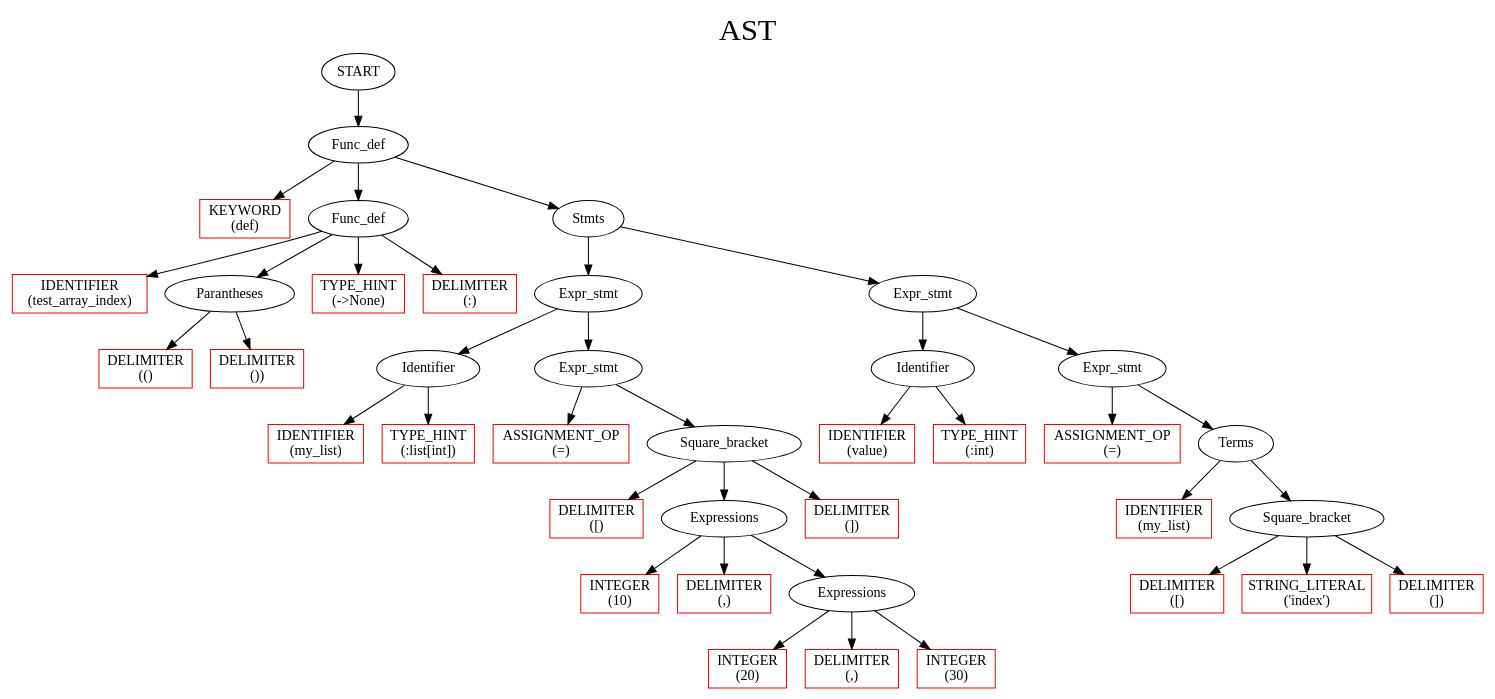
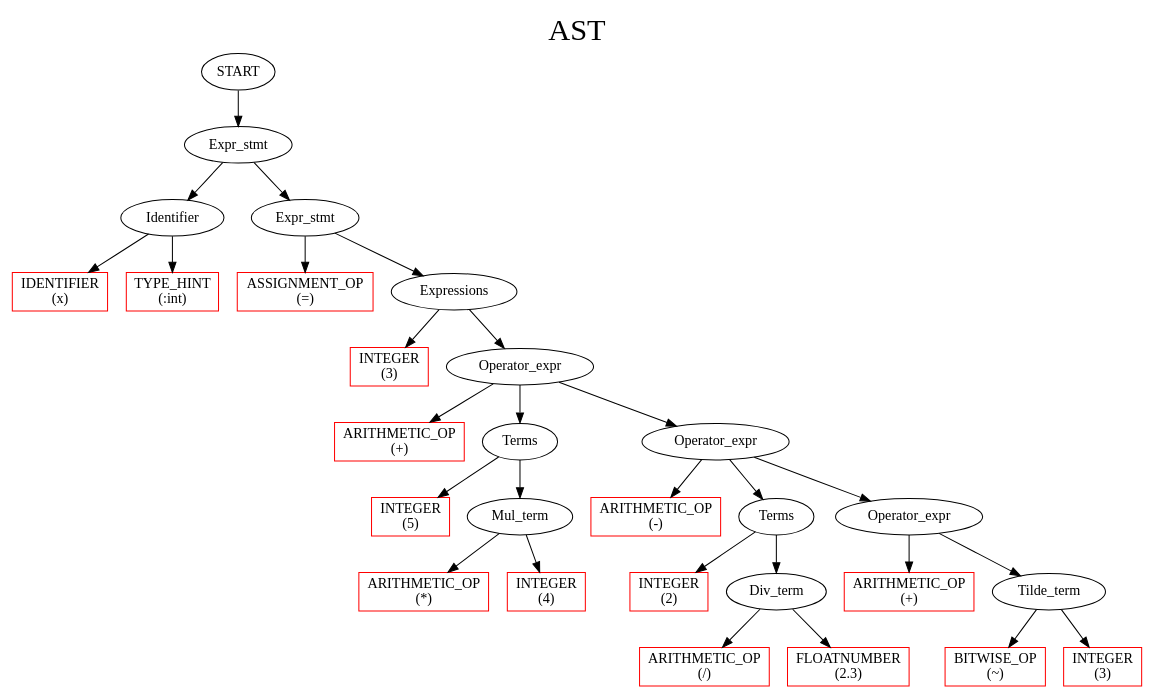
Before and after one commit to depanshu357/CS335-Compiler: the diagram in output.dot, drawn with Graphviz. The commit also changed 6 other files, not shown here.

Commit message:
operator type error handled, array referencing type int done

```diff
--- a/output.dot
+++ b/output.dot
@@ -1,109 +1,79 @@
 digraph G{
 
 label     = "AST"
 fontname  = "Cascadia code"
 fontsize  = 30
 labelloc  = t
 
 node   [ fontname="Cascadia code" ]
-	117		[ style = solid label = "START"  ];
-	117 -> 115
-	115		[ style = solid label = "Func_def"  ];
-	115 -> 0
-	0		[ style = solid label = "KEYWORD 
-(def)" color = red shape = rectangle ];
-	115 -> 7
-	7		[ style = solid label = "Func_def"  ];
-	7 -> 1
-	1		[ style = solid label = "IDENTIFIER 
-(test_array_index)" color = red shape = rectangle ];
-	7 -> 4
-	4		[ style = solid label = "Parantheses"  ];
-	4 -> 2
-	2		[ style = solid label = "DELIMITER 
-(()" color = red shape = rectangle ];
-	4 -> 3
-	3		[ style = solid label = "DELIMITER 
-())" color = red shape = rectangle ];
-	7 -> 5
-	5		[ style = solid label = "TYPE_HINT 
-(->None)" color = red shape = rectangle ];
-	7 -> 6
-	6		[ style = solid label = "DELIMITER 
-(:)" color = red shape = rectangle ];
-	115 -> 114
-	114		[ style = solid label = "Stmts"  ];
-	114 -> 70
-	70		[ style = solid label = "Expr_stmt"  ];
-	70 -> 10
-	10		[ style = solid label = "Identifier"  ];
-	10 -> 8
-	8		[ style = solid label = "IDENTIFIER 
-(my_list)" color = red shape = rectangle ];
-	10 -> 9
-	9		[ style = solid label = "TYPE_HINT 
-(:list[int])" color = red shape = rectangle ];
-	70 -> 69
-	69		[ style = solid label = "Expr_stmt"  ];
-	69 -> 11
-	11		[ style = solid label = "ASSIGNMENT_OP 
+	56		[ style = solid label = "START"  ];
+	56 -> 53
+	53		[ style = solid label = "Expr_stmt"  ];
+	53 -> 2
+	2		[ style = solid label = "Identifier"  ];
+	2 -> 0
+	0		[ style = solid label = "IDENTIFIER 
+(x)" color = red shape = rectangle ];
+	2 -> 1
+	1		[ style = solid label = "TYPE_HINT 
+(:int)" color = red shape = rectangle ];
+	53 -> 52
+	52		[ style = solid label = "Expr_stmt"  ];
+	52 -> 3
+	3		[ style = solid label = "ASSIGNMENT_OP 
 (=)" color = red shape = rectangle ];
-	69 -> 58
-	58		[ style = solid label = "Square_bracket"  ];
-	58 -> 22
-	22		[ style = solid label = "DELIMITER 
-([)" color = red shape = rectangle ];
-	58 -> 57
-	57		[ style = solid label = "Expressions"  ];
-	57 -> 23
-	23		[ style = solid label = "INTEGER 
-(10)" color = red shape = rectangle ];
-	57 -> 24
-	24		[ style = solid label = "DELIMITER 
-(,)" color = red shape = rectangle ];
-	57 -> 56
-	56		[ style = solid label = "Expressions"  ];
-	56 -> 34
-	34		[ style = solid label = "INTEGER 
-(20)" color = red shape = rectangle ];
-	56 -> 35
-	35		[ style = solid label = "DELIMITER 
-(,)" color = red shape = rectangle ];
-	56 -> 45
-	45		[ style = solid label = "INTEGER 
-(30)" color = red shape = rectangle ];
-	58 -> 46
-	46		[ style = solid label = "DELIMITER 
-(])" color = red shape = rectangle ];
-	114 -> 112
-	112		[ style = solid label = "Expr_stmt"  ];
-	112 -> 74
-	74		[ style = solid label = "Identifier"  ];
-	74 -> 72
-	72		[ style = solid label = "IDENTIFIER 
-(value)" color = red shape = rectangle ];
-	74 -> 73
-	73		[ style = solid label = "TYPE_HINT 
-(:int)" color = red shape = rectangle ];
-	112 -> 111
-	111		[ style = solid label = "Expr_stmt"  ];
-	111 -> 75
-	75		[ style = solid label = "ASSIGNMENT_OP 
-(=)" color = red shape = rectangle ];
-	111 -> 101
-	101		[ style = solid label = "Terms"  ];
-	101 -> 86
-	86		[ style = solid label = "IDENTIFIER 
-(my_list)" color = red shape = rectangle ];
-	101 -> 99
-	99		[ style = solid label = "Square_bracket"  ];
-	99 -> 87
-	87		[ style = solid label = "DELIMITER 
-([)" color = red shape = rectangle ];
-	99 -> 88
-	88		[ style = solid label = "STRING_LITERAL 
-(\'index\')" color = red shape = rectangle ];
-	99 -> 89
-	89		[ style = solid label = "DELIMITER 
-(])" color = red shape = rectangle ];
+	52 -> 44
+	44		[ style = solid label = "Expressions"  ];
+	44 -> 14
+	14		[ style = solid label = "INTEGER 
+(3)" color = red shape = rectangle ];
+	44 -> 43
+	43		[ style = solid label = "Operator_expr"  ];
+	43 -> 15
+	15		[ style = solid label = "ARITHMETIC_OP 
+(+)" color = red shape = rectangle ];
+	43 -> 26
+	26		[ style = solid label = "Terms"  ];
+	26 -> 18
+	18		[ style = solid label = "INTEGER 
+(5)" color = red shape = rectangle ];
+	26 -> 24
+	24		[ style = solid label = "Mul_term"  ];
+	24 -> 19
+	19		[ style = solid label = "ARITHMETIC_OP 
+(*)" color = red shape = rectangle ];
+	24 -> 21
+	21		[ style = solid label = "INTEGER 
+(4)" color = red shape = rectangle ];
+	43 -> 42
+	42		[ style = solid label = "Operator_expr"  ];
+	42 -> 22
+	22		[ style = solid label = "ARITHMETIC_OP 
+(-)" color = red shape = rectangle ];
+	42 -> 35
+	35		[ style = solid label = "Terms"  ];
+	35 -> 27
+	27		[ style = solid label = "INTEGER 
+(2)" color = red shape = rectangle ];
+	35 -> 33
+	33		[ style = solid label = "Div_term"  ];
+	33 -> 28
+	28		[ style = solid label = "ARITHMETIC_OP 
+(/)" color = red shape = rectangle ];
+	33 -> 30
+	30		[ style = solid label = "FLOATNUMBER 
+(2.3)" color = red shape = rectangle ];
+	42 -> 41
+	41		[ style = solid label = "Operator_expr"  ];
+	41 -> 31
+	31		[ style = solid label = "ARITHMETIC_OP 
+(+)" color = red shape = rectangle ];
+	41 -> 39
+	39		[ style = solid label = "Tilde_term"  ];
+	39 -> 36
+	36		[ style = solid label = "BITWISE_OP 
+(~)" color = red shape = rectangle ];
+	39 -> 37
+	37		[ style = solid label = "INTEGER 
+(3)" color = red shape = rectangle ];
 }
```
